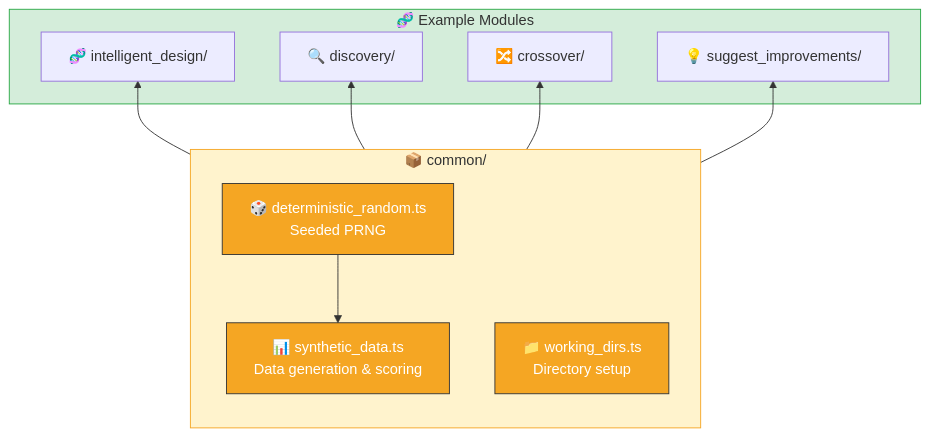
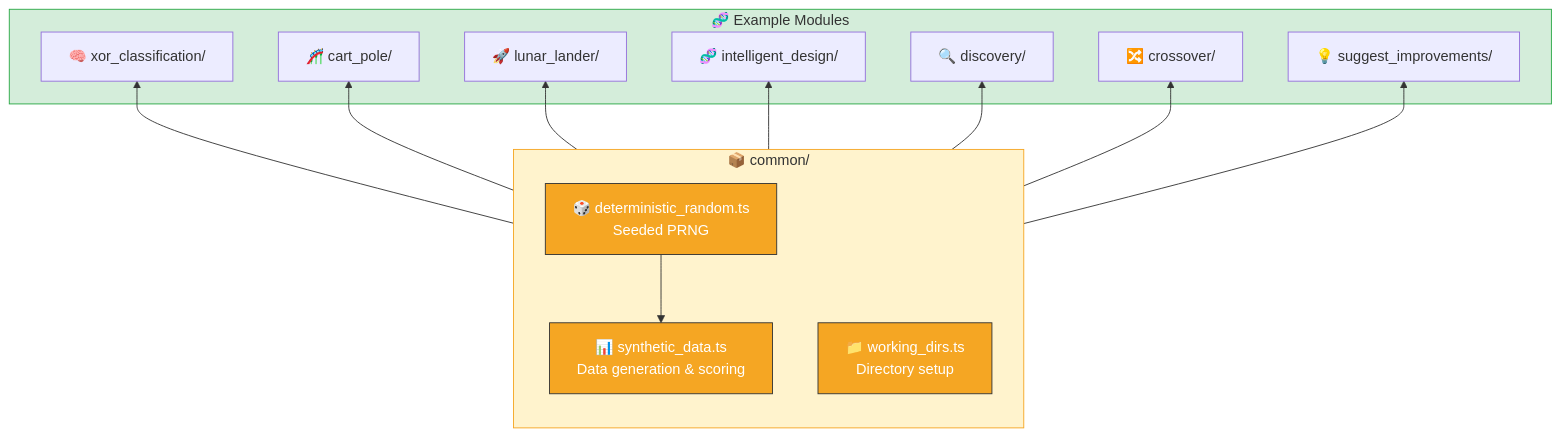
One commit to stSoftwareAU/NEAT-AI-Examples changed the second of 4 diagrams in README.md. Above: the diagram before and after it, drawn with Mermaid. The commit also changed other lines of this file and 5 other files, not shown here.

First line of the commit message:
docs: surface XOR, Cart-Pole, Lunar Lander on main README (#60)

````diff
--- a/README.md
+++ b/README.md
@@ -59,27 +96,33 @@
 ```mermaid
 flowchart BT
     subgraph common ["📦 common/"]
         RNG["🎲 deterministic_random.ts<br/>Seeded PRNG"]
         DATA["📊 synthetic_data.ts<br/>Data generation & scoring"]
         DIRS["📁 working_dirs.ts<br/>Directory setup"]
     end
 
     subgraph examples ["🧬 Example Modules"]
+        XOR["🧠 xor_classification/"]
+        CART["🎢 cart_pole/"]
+        LUNAR["🚀 lunar_lander/"]
         ID["🧬 intelligent_design/"]
         DISC["🔍 discovery/"]
         CROSS["🔀 crossover/"]
         SUGGEST["💡 suggest_improvements/"]
     end
 
     RNG --> DATA
+    common --> XOR
+    common --> CART
+    common --> LUNAR
     common --> ID
     common --> DISC
     common --> CROSS
     common --> SUGGEST
 
     style common fill:#fff3cd,stroke:#f5a623,color:#333
     style examples fill:#d4edda,stroke:#28a745,color:#333
     style RNG fill:#f5a623,stroke:#333,color:#fff
     style DATA fill:#f5a623,stroke:#333,color:#fff
     style DIRS fill:#f5a623,stroke:#333,color:#fff
 ```
````
